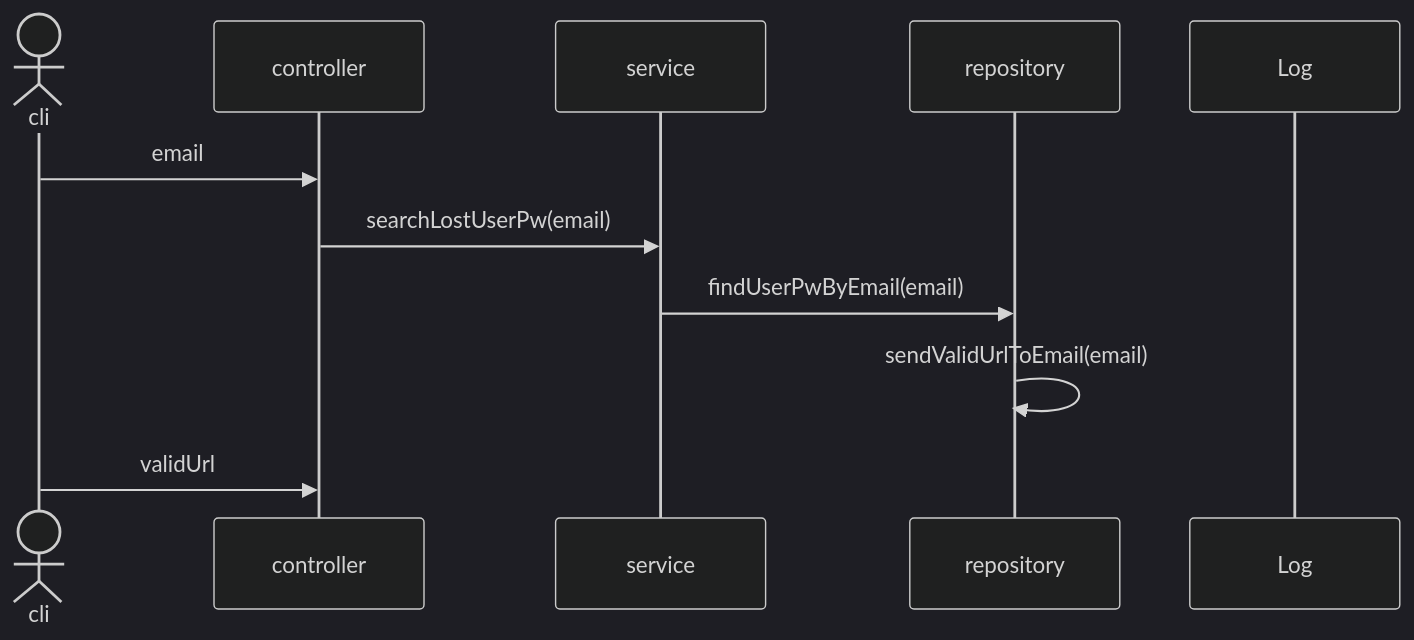
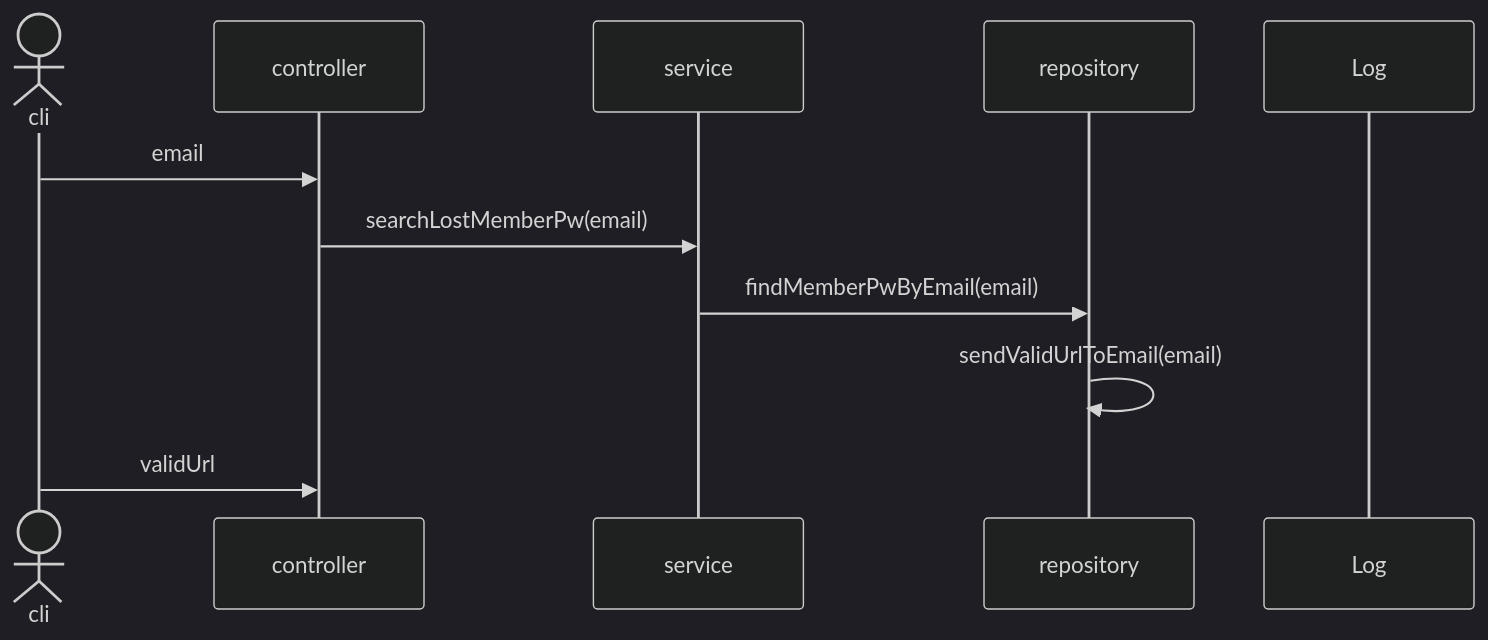
One commit to mtak0235/snsX changed diagram 11 of 28 in sequence.md. Above: the diagram before and after it, drawn with Mermaid (dark theme). The commit also changed other lines of this file, not shown here.

Commit message:
update user -> member & savePost sequence diagram

````diff
--- a/sequence.md
+++ b/sequence.md
@@ -198,14 +198,14 @@
 ```mermaid
 sequenceDiagram
 actor cli
 participant c as controller
 participant s as service
 participant r as repository
 participant l as Log
 
 cli->>c: email
-c->>s: searchLostUserPw(email)
-s->>r: findUserPwByEmail(email)
+c->>s: searchLostMemberPw(email)
+s->>r: findMemberPwByEmail(email)
 r->>r: sendValidUrlToEmail(email)
 cli->>c: validUrl
 ```
````
